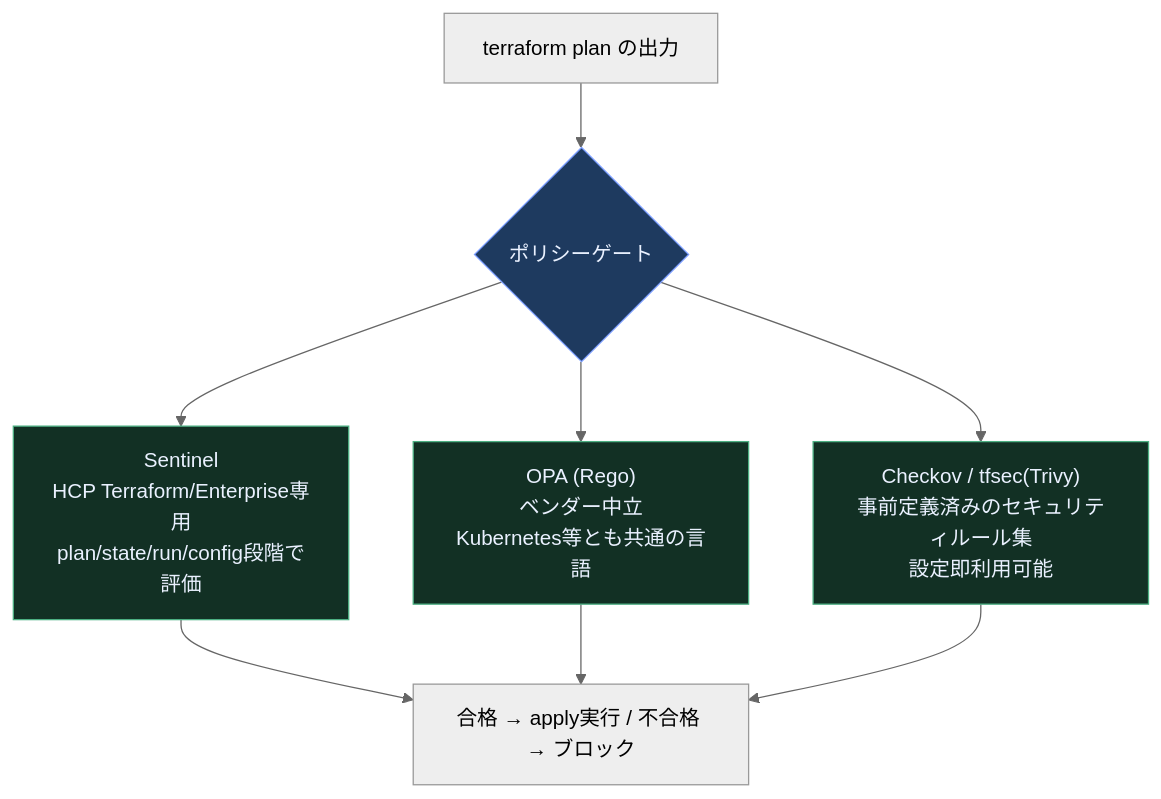
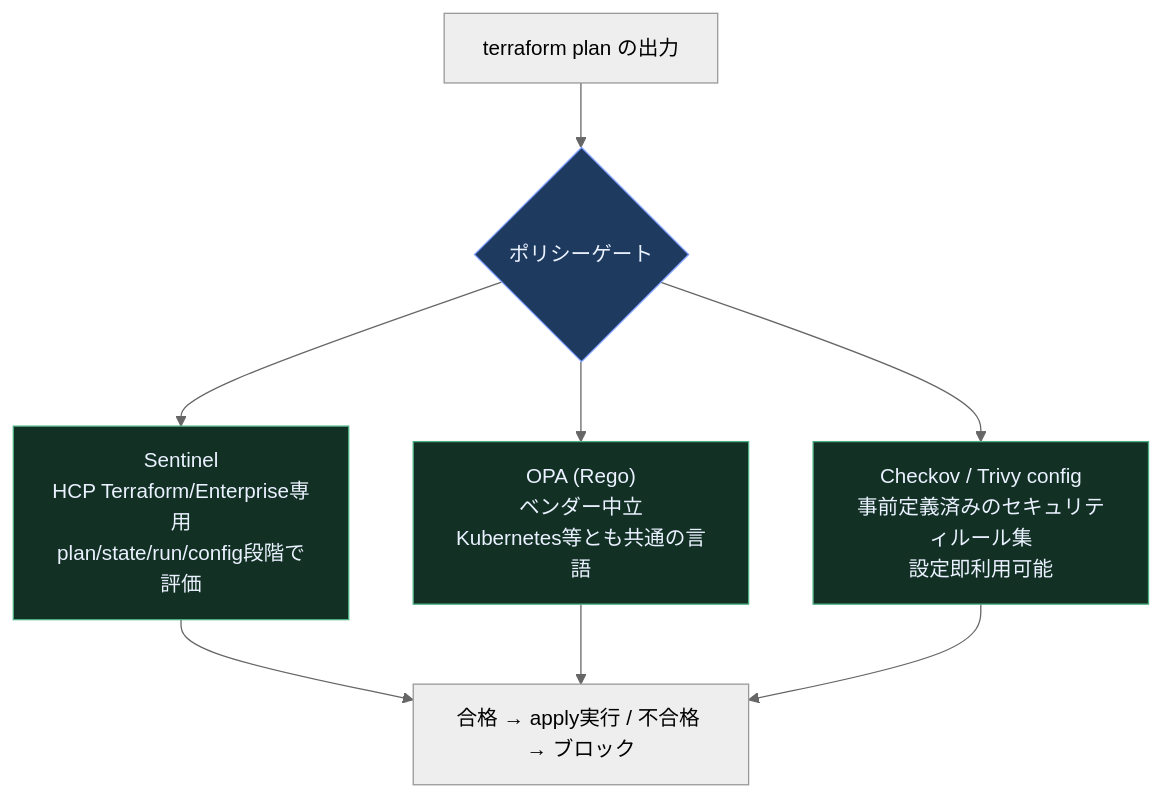
Diagram 18 of 19 in Terraform-up-and-running.md (myoshi2891/Cloud-Infrastructure-Studies), drawn with Mermaid (neutral theme) before and after one commit. The commit also changed other lines of this file, not shown here.

Commit message:
docs(terraform): update EKS IAM role config, dev lifecycle flow, and state/tooling comparisons

````diff
--- a/Terraform-up-and-running.md
+++ b/Terraform-up-and-running.md
@@ -1307,15 +1340,15 @@
 ```mermaid
 flowchart TB
     Plan["terraform plan の出力"] --> Gate{"ポリシーゲート"}
     Gate --> Sentinel["Sentinel<br/>HCP Terraform/Enterprise専用<br/>plan/state/run/config段階で評価"]
     Gate --> OPA["OPA (Rego)<br/>ベンダー中立<br/>Kubernetes等とも共通の言語"]
-    Gate --> Scanner["Checkov / tfsec(Trivy)<br/>事前定義済みのセキュリティルール集<br/>設定即利用可能"]
+    Gate --> Scanner["Checkov / Trivy config<br/>事前定義済みのセキュリティルール集<br/>設定即利用可能"]
     Sentinel --> Result["合格 → apply実行 / 不合格 → ブロック"]
     OPA --> Result
     Scanner --> Result
 
     classDef gate fill:#1e3a5f,stroke:#7c9eff,color:#eaf1ff
     classDef tool fill:#123024,stroke:#4caf82,color:#eaf1ff
     class Gate gate
     class Sentinel,OPA,Scanner tool
 ```
````
